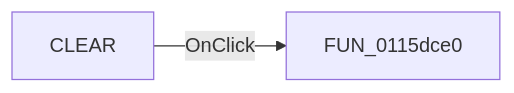
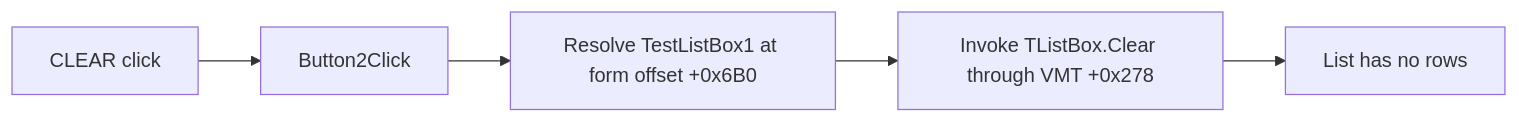
One commit to MovGP0/TIARA changed the diagram in docs/ui-controls/tesztform1/button2-2528f5fc10.md. Above: the diagram before and after it, drawn with Mermaid. The commit also changed other lines of this file and 1062 other files, not shown here.

````diff
--- a/docs/ui-controls/tesztform1/button2-2528f5fc10.md
+++ b/docs/ui-controls/tesztform1/button2-2528f5fc10.md
@@ -27,4 +34,7 @@
 ```mermaid
 flowchart LR
-    control["CLEAR"] -->|OnClick| handler["FUN_0115dce0"]
+    control["CLEAR click"] --> handler["Button2Click"]
+    handler --> target["Resolve TestListBox1 at form offset +0x6B0"]
+    target --> clear["Invoke TListBox.Clear through VMT +0x278"]
+    clear --> result["List has no rows"]
 ```
````
